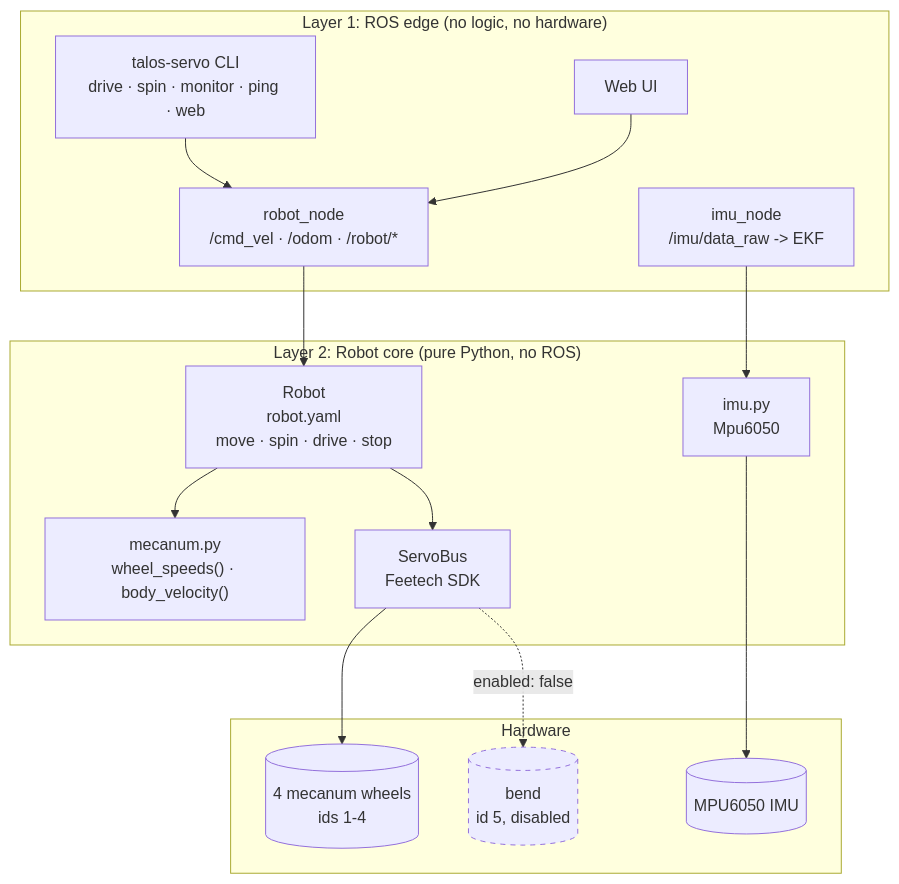
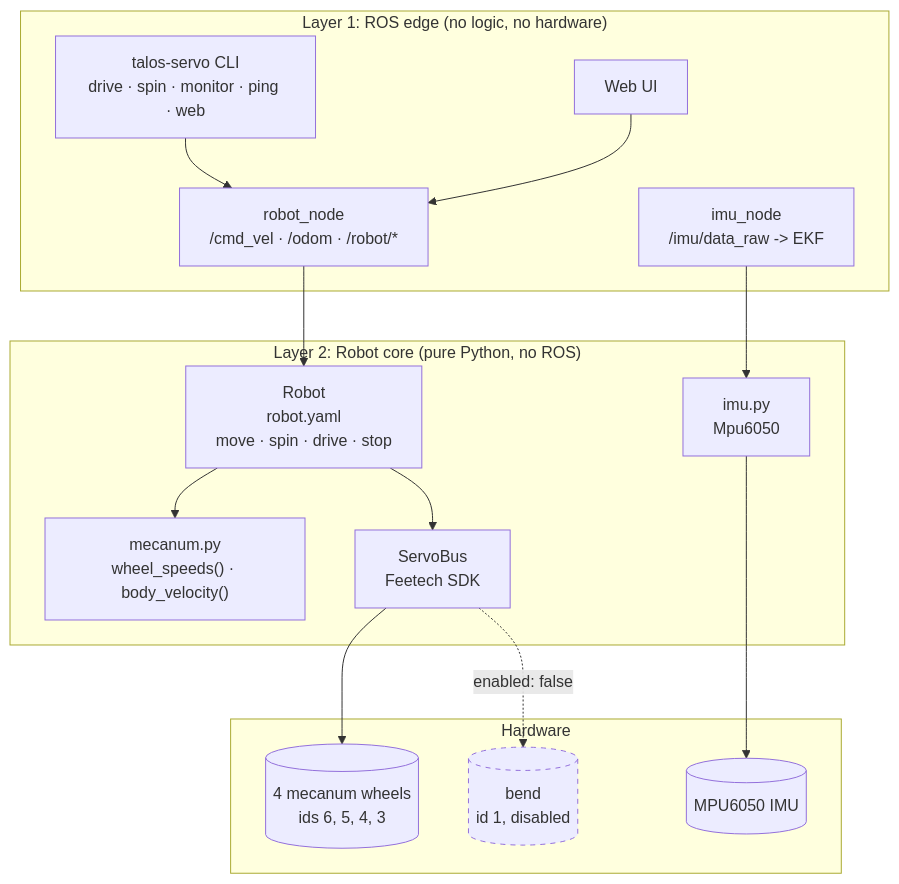
The first of 3 diagrams in README.md (Annnnya/talos_hack), drawn with Mermaid before and after one commit. The commit also changed other lines of this file and 1 other file, not shown here.

````diff
--- a/README.md
+++ b/README.md
@@ -13,30 +13,30 @@
 ```mermaid
 flowchart TB
     subgraph EDGE["Layer 1: ROS edge (no logic, no hardware)"]
         CLI["talos-servo CLI<br/>drive · spin · monitor · ping · web"]
         UI["Web UI"]
         NODE["robot_node<br/>/cmd_vel · /odom · /robot/*"]
         IMUN["imu_node<br/>/imu/data_raw -> EKF"]
     end
     subgraph CORE["Layer 2: Robot core (pure Python, no ROS)"]
         ROBOT["Robot<br/>robot.yaml<br/>move · spin · drive · stop"]
         KIN["mecanum.py<br/>wheel_speeds() · body_velocity()"]
         BUS["ServoBus<br/>Feetech SDK"]
         IMUD["imu.py<br/>Mpu6050"]
     end
     subgraph HW["Hardware"]
-        WHEELS[("4 mecanum wheels<br/>ids 1-4")]
-        BEND[("bend<br/>id 5, disabled")]
+        WHEELS[("4 mecanum wheels<br/>ids 6, 5, 4, 3")]
+        BEND[("bend<br/>id 1, disabled")]
         MPU[("MPU6050 IMU")]
     end
 
     CLI & UI --> NODE
     NODE --> ROBOT
     ROBOT --> KIN
     ROBOT --> BUS
     IMUN --> IMUD
     BUS --> WHEELS
     BUS -. "enabled: false" .-> BEND
     IMUD --> MPU
     style BEND stroke-dasharray: 5 5
 ```
````
